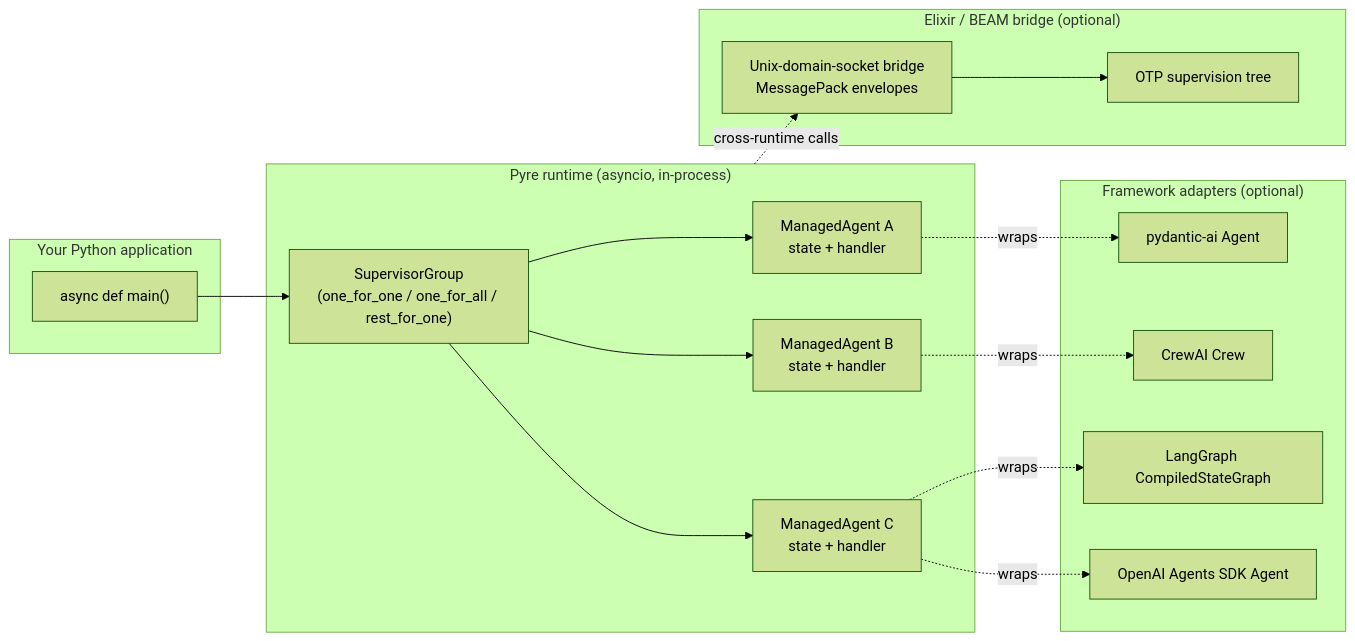
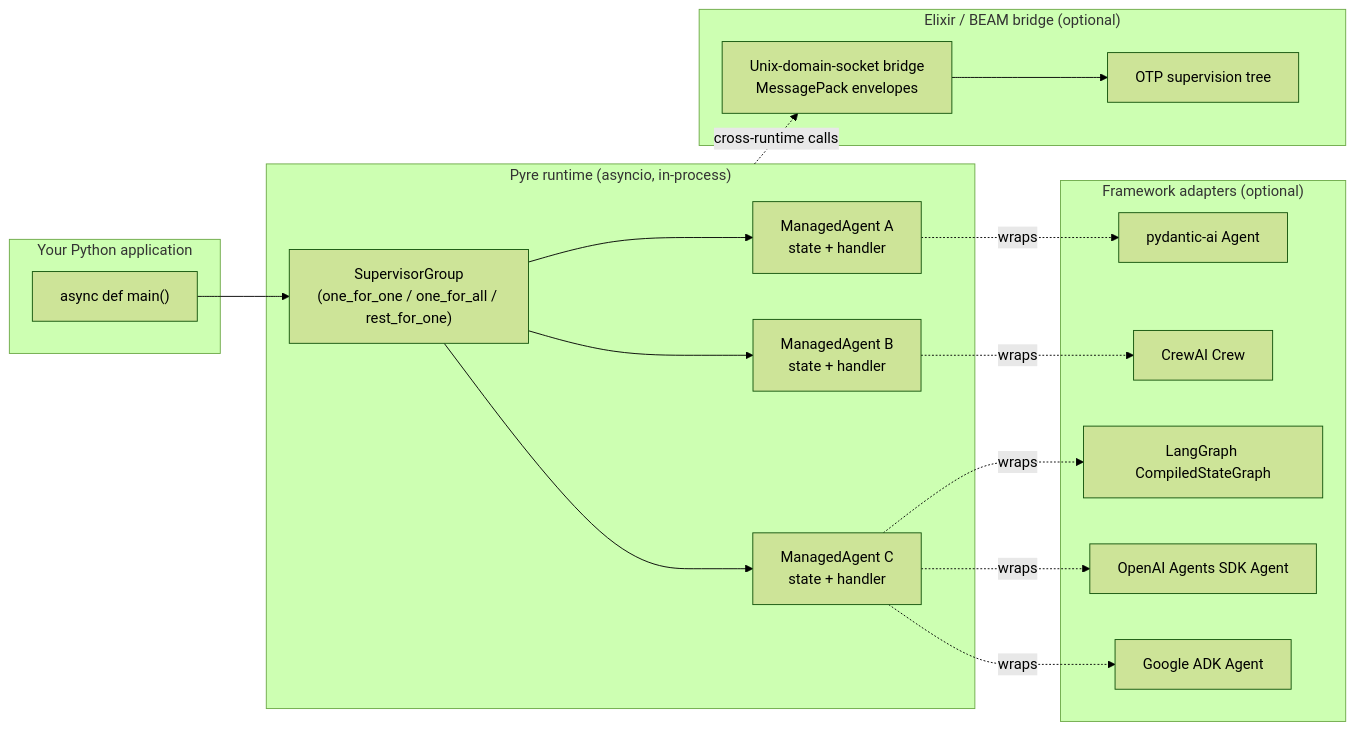
The diagram in README.md (kashyaparjun/Pyre), drawn with Mermaid (forest theme) before and after one commit. The commit also changed other lines of this file and 8 other files, not shown here.

First line of the commit message:
feat(adapters): Google ADK adapter (fifth framework)

````diff
--- a/README.md
+++ b/README.md
@@ -30,33 +30,35 @@
 ```mermaid
 flowchart LR
     subgraph User["Your Python application"]
       code["async def main()"]
     end
     subgraph Pyre["Pyre runtime (asyncio, in-process)"]
       sup["SupervisorGroup<br/>(one_for_one / one_for_all / rest_for_one)"]
       agent1["ManagedAgent A<br/>state + handler"]
       agent2["ManagedAgent B<br/>state + handler"]
       agent3["ManagedAgent C<br/>state + handler"]
       sup --> agent1
       sup --> agent2
       sup --> agent3
     end
     subgraph Adapters["Framework adapters (optional)"]
       pa["pydantic-ai Agent"]
       crew["CrewAI Crew"]
       lg["LangGraph CompiledStateGraph"]
       oa["OpenAI Agents SDK Agent"]
+      adk["Google ADK Agent"]
     end
     subgraph BEAM["Elixir / BEAM bridge (optional)"]
       bridge["Unix-domain-socket bridge<br/>MessagePack envelopes"]
       beam["OTP supervision tree"]
     end
 
     code --> sup
     agent1 -. wraps .-> pa
     agent2 -. wraps .-> crew
     agent3 -. wraps .-> lg
     agent3 -. wraps .-> oa
+    agent3 -. wraps .-> adk
     Pyre -. cross-runtime calls .-> bridge
     bridge --> beam
 ```
````
